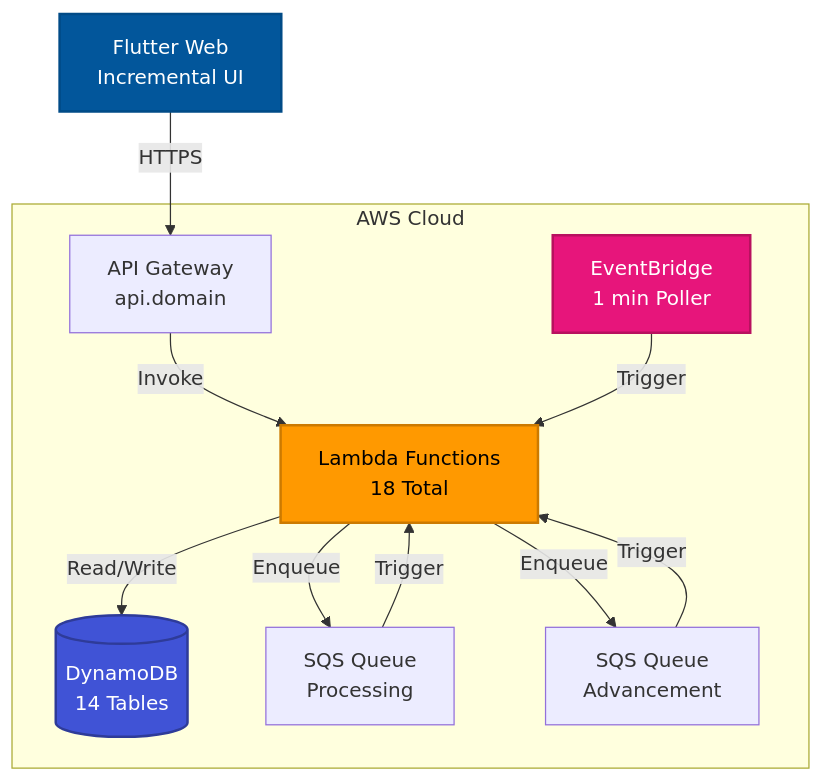
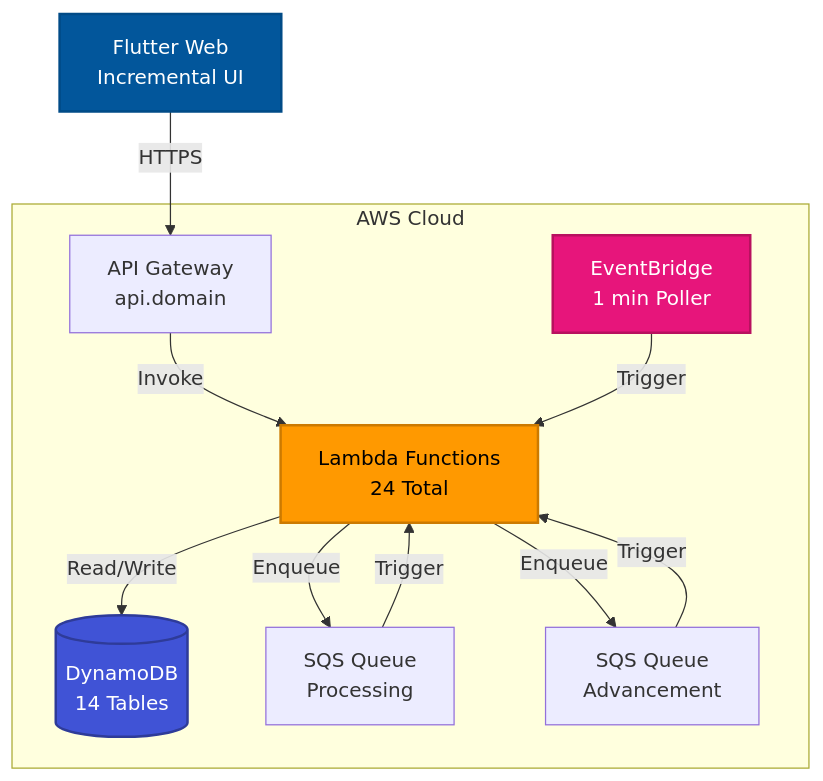
Before and after one commit to darkrelics/eidolon-engine: the first of 6 diagrams in documentation/architecture.md, drawn with Mermaid. The commit also changed other lines of this file and 42 other files, not shown here.

````diff
--- a/documentation/architecture.md
+++ b/documentation/architecture.md
@@ -11,27 +11,27 @@
 ```mermaid
 graph TB
     Flutter[Flutter Web<br/>Incremental UI]
 
     subgraph "AWS Cloud"
         APIGW[API Gateway<br/>api.domain]
-        Lambda[Lambda Functions<br/>18 Total]
+        Lambda[Lambda Functions<br/>24 Total]
         DynamoDB[(DynamoDB<br/>14 Tables)]
         EventBridge[EventBridge<br/>1 min Poller]
         ProcessQ[SQS Queue<br/>Processing]
         AdvanceQ[SQS Queue<br/>Advancement]
     end
 
     Flutter -->|HTTPS| APIGW
     APIGW -->|Invoke| Lambda
     Lambda -->|Read/Write| DynamoDB
     Lambda -->|Enqueue| ProcessQ
     EventBridge -->|Trigger| Lambda
     Lambda -->|Enqueue| AdvanceQ
     ProcessQ -->|Trigger| Lambda
     AdvanceQ -->|Trigger| Lambda
 
     style Flutter fill:#02569B,stroke:#014B87,stroke-width:2px,color:#fff
     style Lambda fill:#FF9900,stroke:#CC7A00,stroke-width:2px,color:#000
     style DynamoDB fill:#4053D6,stroke:#2E3B99,stroke-width:2px,color:#fff
     style EventBridge fill:#E7157B,stroke:#B8115F,stroke-width:2px,color:#fff
 ```
````
